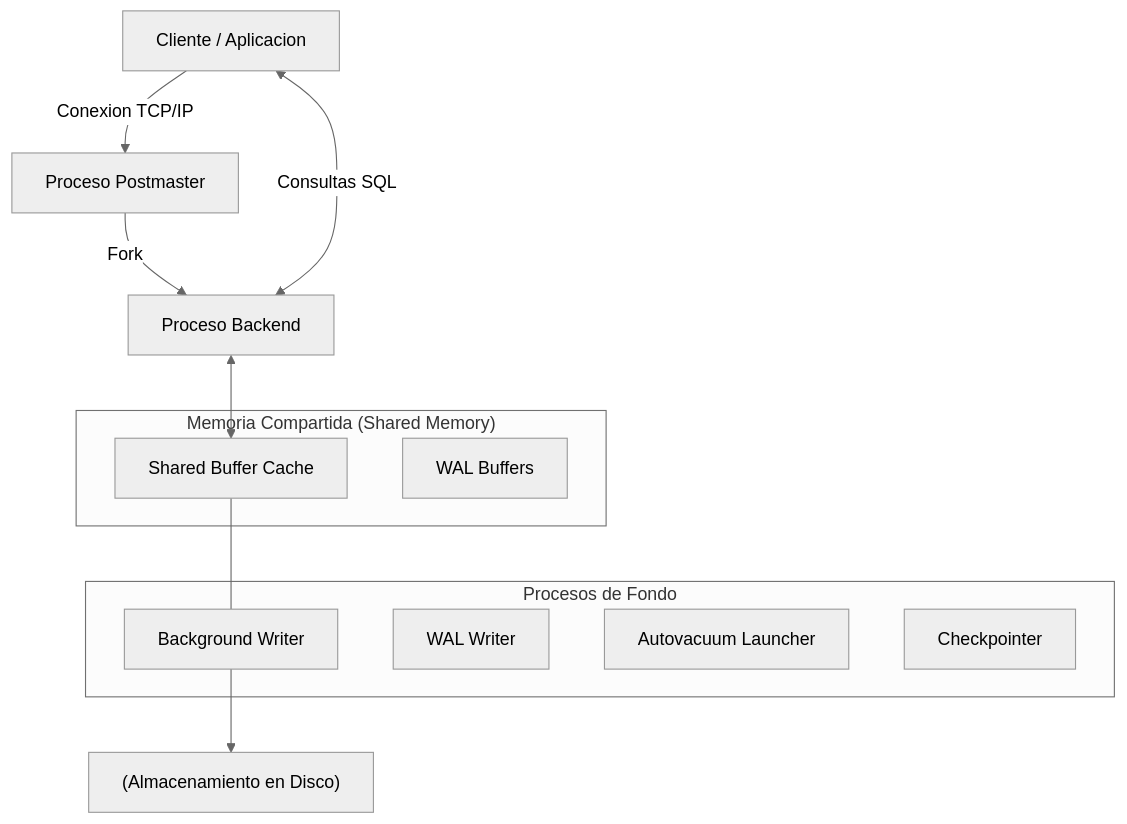
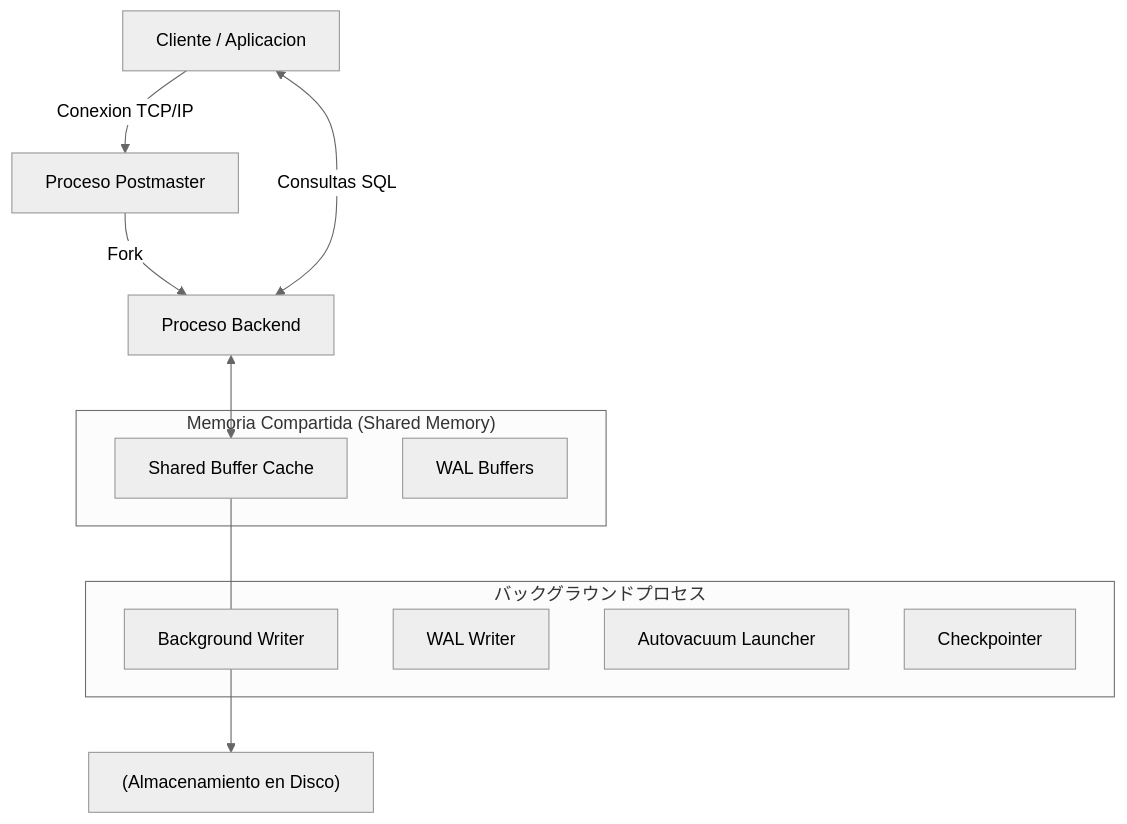
One commit to gjpierp/nmergeia changed the diagram in public/docs/ja/postgres_inicial.md. Above: the diagram before and after it, drawn with Mermaid (neutral theme). The commit also changed other lines of this file and 230 other files, not shown here.

````diff
--- a/public/docs/ja/postgres_inicial.md
+++ b/public/docs/ja/postgres_inicial.md
@@ -11,19 +11,19 @@
 ```mermaid
 flowchart TD
 Client["Cliente / Aplicacion"] -->|"Conexion TCP/IP"| Postmaster["Proceso Postmaster"]
 Postmaster -->|"Fork"| Backend["Proceso Backend"]
 Client <-->|"Consultas SQL"| Backend
 subgraph sub_1 ["Memoria Compartida (Shared Memory)"]
 BufferCache["Shared Buffer Cache"]
 WALBuffer["WAL Buffers"]
 end
 Backend <--> BufferCache
-subgraph sub_2 ["Procesos de Fondo"]
+subgraph sub_2 ["バックグラウンドプロセス"]
 Writer["Background Writer"]
 WALWriter["WAL Writer"]
 Autovacuum["Autovacuum Launcher"]
 Checkpointer["Checkpointer"]
 end
 BufferCache --- Writer
 Writer --> Disco["(Almacenamiento en Disco)"]
 ```
````
